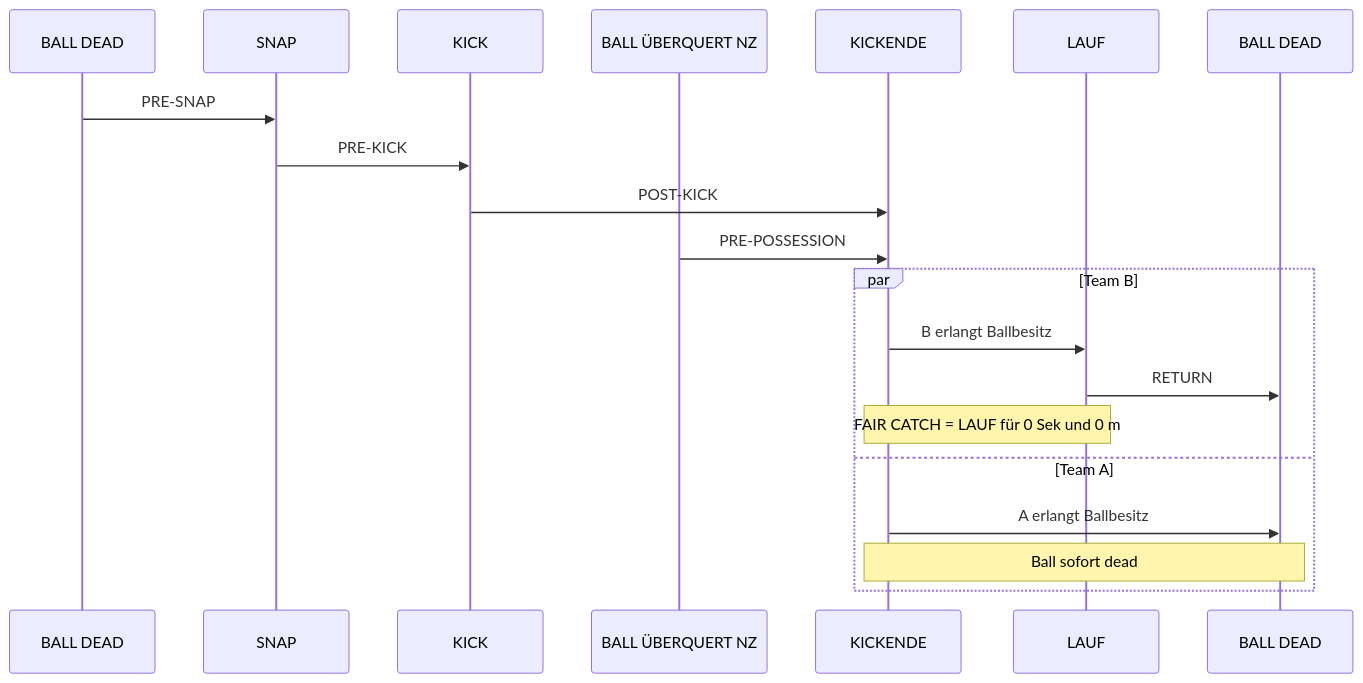
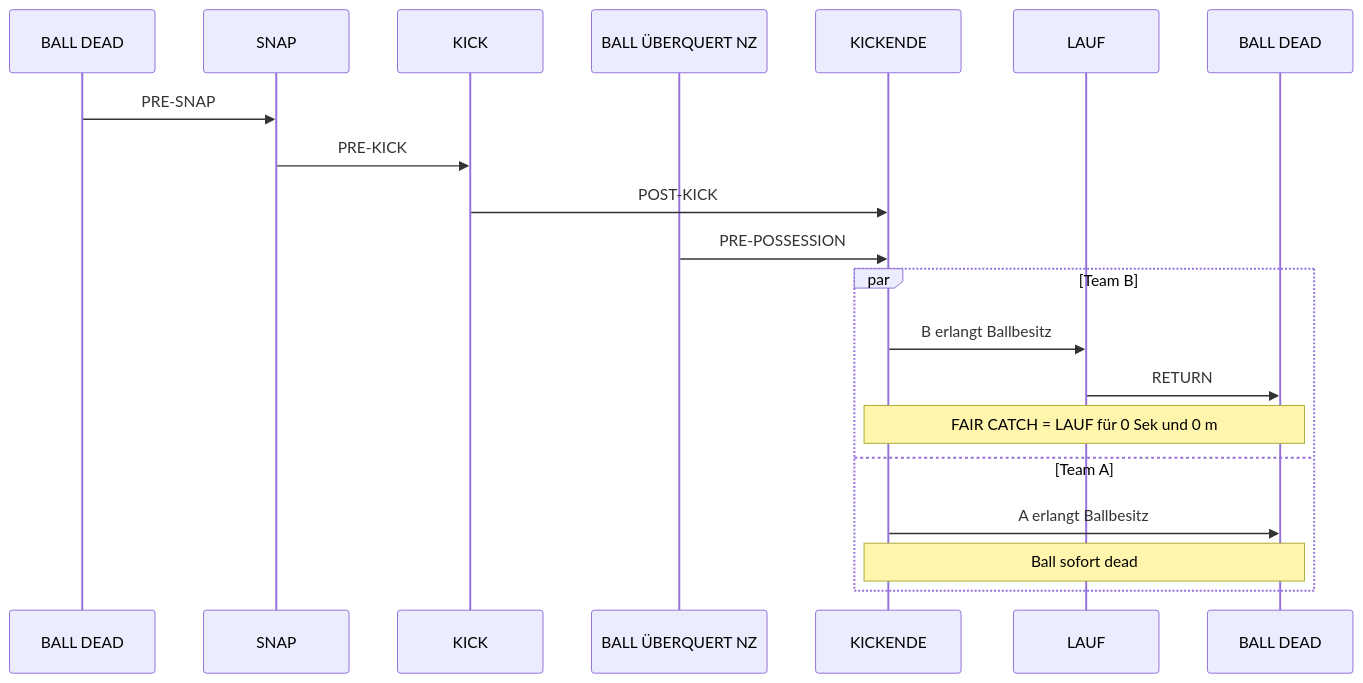
Before and after one commit to mschwieger/alizenz: the first of 3 diagrams in docs/scrimmage_kicks.md, drawn with Mermaid. The commit also changed other lines of this file, not shown here.

````diff
--- a/docs/scrimmage_kicks.md
+++ b/docs/scrimmage_kicks.md
@@ -7,22 +7,22 @@
 ```mermaid
 sequenceDiagram
     participant PREDEAD as BALL DEAD
     participant SNAP
     participant KICK
     participant NZ as BALL ÜBERQUERT NZ
     participant KICKENDE
     participant LAUF
     participant BALL DEAD
     PREDEAD->>SNAP: PRE-SNAP
     SNAP->>KICK: PRE-KICK
     KICK->>KICKENDE: POST-KICK
     NZ->>KICKENDE: PRE-POSSESSION
     par Team B
     KICKENDE->>LAUF: B erlangt Ballbesitz
     LAUF->>BALL DEAD: RETURN
-    note over KICKENDE,LAUF: FAIR CATCH = LAUF für 0 Sek und 0 m
+    note over KICKENDE,BALL DEAD: FAIR CATCH = LAUF für 0 Sek und 0 m
     and Team A
     KICKENDE->>BALL DEAD: A erlangt Ballbesitz 
     note over KICKENDE,BALL DEAD: Ball sofort dead   
     end
 ```
````
